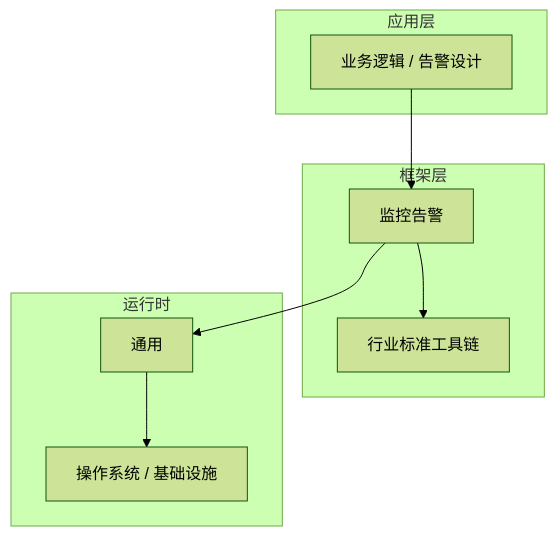
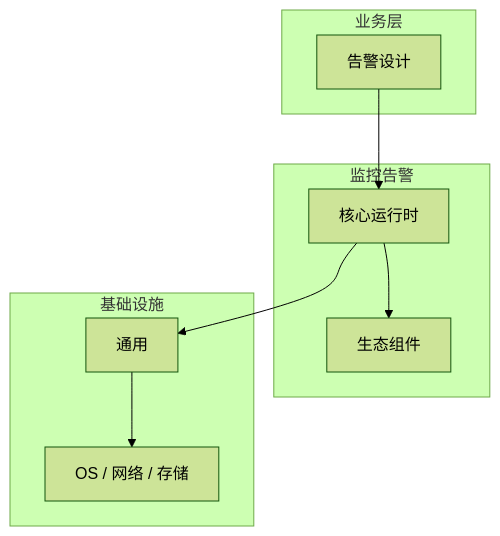
One commit to yanggan2015/knowledge-json-v2 changed the diagram in articles/监控告警/chapters/055-告警设计核心概念与原理.md. Above: the diagram before and after it, drawn with Mermaid (forest theme). The commit also changed other lines of this file and 10127 other files, not shown here.

````diff
--- a/articles/监控告警/chapters/055-告警设计核心概念与原理.md
+++ b/articles/监控告警/chapters/055-告警设计核心概念与原理.md
@@ -45,18 +34,18 @@
 ```mermaid
 graph TB
-    subgraph 应用层
-        A[业务逻辑 / 告警设计]
+    subgraph 业务层
+        A[告警设计]
     end
-    subgraph 框架层
-        B[监控告警]
-        C[行业标准工具链]
+    subgraph 监控告警
+        B[核心运行时]
+        C[生态组件]
     end
-    subgraph 运行时
+    subgraph 基础设施
         D[通用]
-        E[操作系统 / 基础设施]
+        E[OS / 网络 / 存储]
     end
     A --> B
     B --> C
     B --> D
     D --> E
 ```
````
